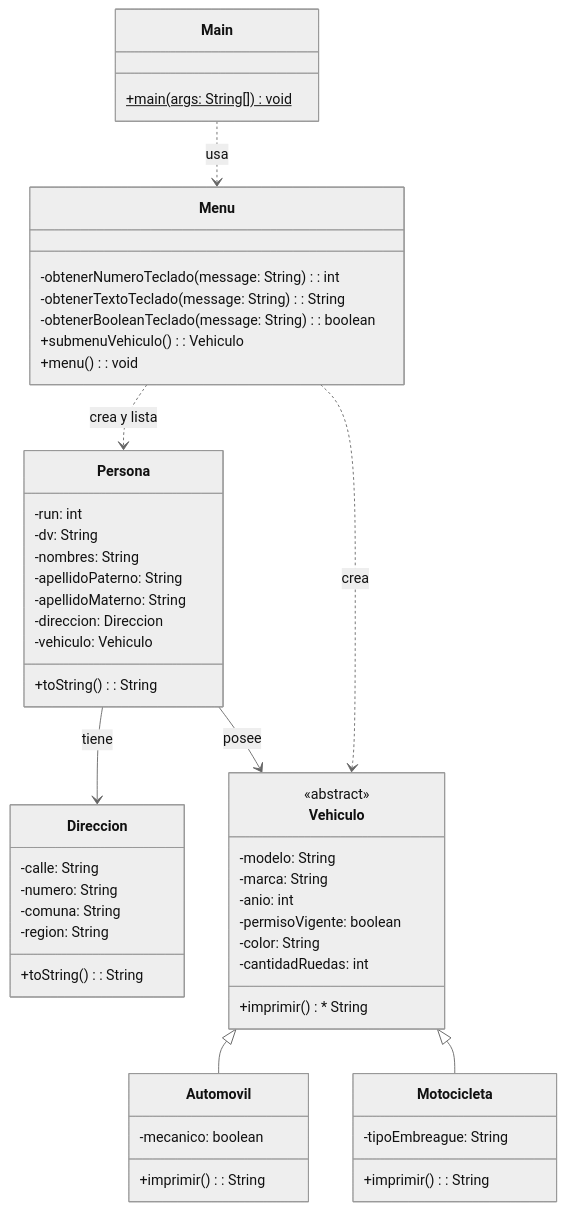
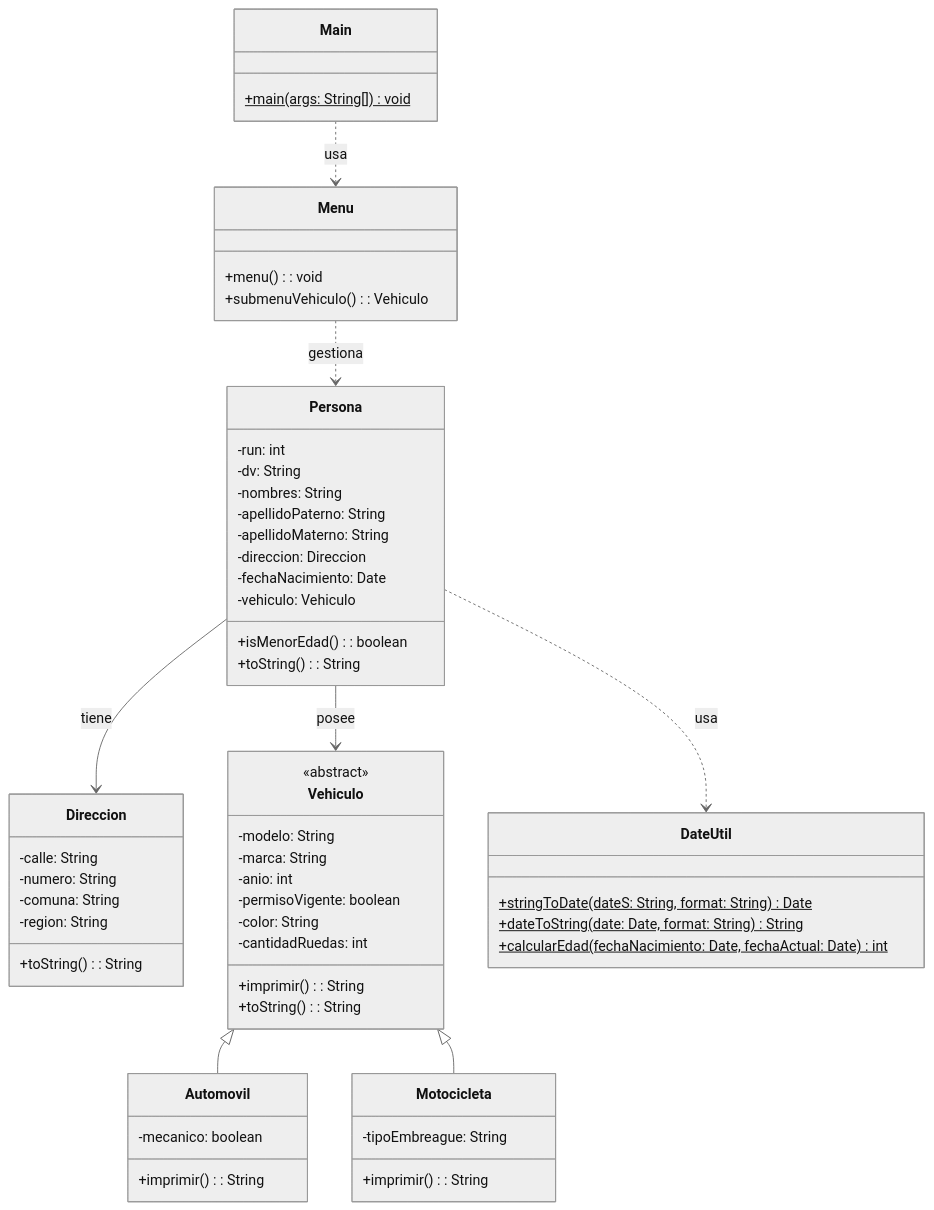
Before and after one commit to elprofecarreno/poo-fundaments: the diagram in 10/README.md, drawn with Mermaid (neutral theme). The commit also changed other lines of this file and 8 other files, not shown here.

````diff
--- a/10/README.md
+++ b/10/README.md
@@ -11,62 +11,68 @@
 ```mermaid
 classDiagram
+    class Main {
+        +main(args: String[])$ void
+    }
+
     class Menu {
-        -obtenerNumeroTeclado(message: String): int
-        -obtenerTextoTeclado(message: String): String
-        -obtenerBooleanTeclado(message: String): boolean
+        +menu(): void
         +submenuVehiculo(): Vehiculo
-        +menu(): void
+    }
+
+    class Persona {
+        -run: int
+        -dv: String
+        -nombres: String
+        -apellidoPaterno: String
+        -apellidoMaterno: String
+        -direccion: Direccion
+        -fechaNacimiento: Date
+        -vehiculo: Vehiculo
+        +isMenorEdad(): boolean
+        +toString(): String
+    }
+
+    class Direccion {
+        -calle: String
+        -numero: String
+        -comuna: String
+        -region: String
+        +toString(): String
     }
 
     class Vehiculo {
         <<abstract>>
         -modelo: String
         -marca: String
         -anio: int
         -permisoVigente: boolean
         -color: String
         -cantidadRuedas: int
-        +imprimir() * String
+        +imprimir(): String
+        +toString(): String
     }
 
     class Automovil {
         -mecanico: boolean
         +imprimir(): String
     }
 
     class Motocicleta {
         -tipoEmbreague: String
         +imprimir(): String
     }
 
-    class Persona {
-        -run: int
-        -dv: String
-        -nombres: String
-        -apellidoPaterno: String
-        -apellidoMaterno: String
-        -direccion: Direccion
-        -vehiculo: Vehiculo
-        +toString(): String
-    }
-
-    class Direccion {
-        -calle: String
-        -numero: String
-        -comuna: String
-        -region: String
-        +toString(): String
-    }
-
-    class Main {
-        +main(args: String[])$ void
+    class DateUtil {
+        +stringToDate(dateS: String, format: String)$ Date
+        +dateToString(date: Date, format: String)$ String
+        +calcularEdad(fechaNacimiento: Date, fechaActual: Date)$ int
     }
 
     Vehiculo <|-- Automovil
     Vehiculo <|-- Motocicleta
     Persona --> Direccion : tiene
     Persona --> Vehiculo : posee
     Main ..> Menu : usa
-    Menu ..> Persona : crea y lista
-    Menu ..> Vehiculo : crea
+    Menu ..> Persona : gestiona
+    Persona ..> DateUtil : usa
 ```
````
